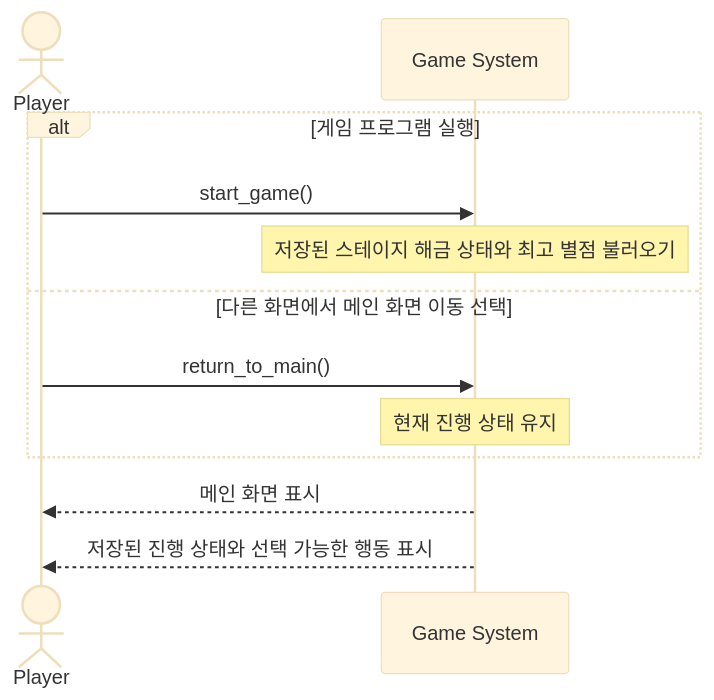
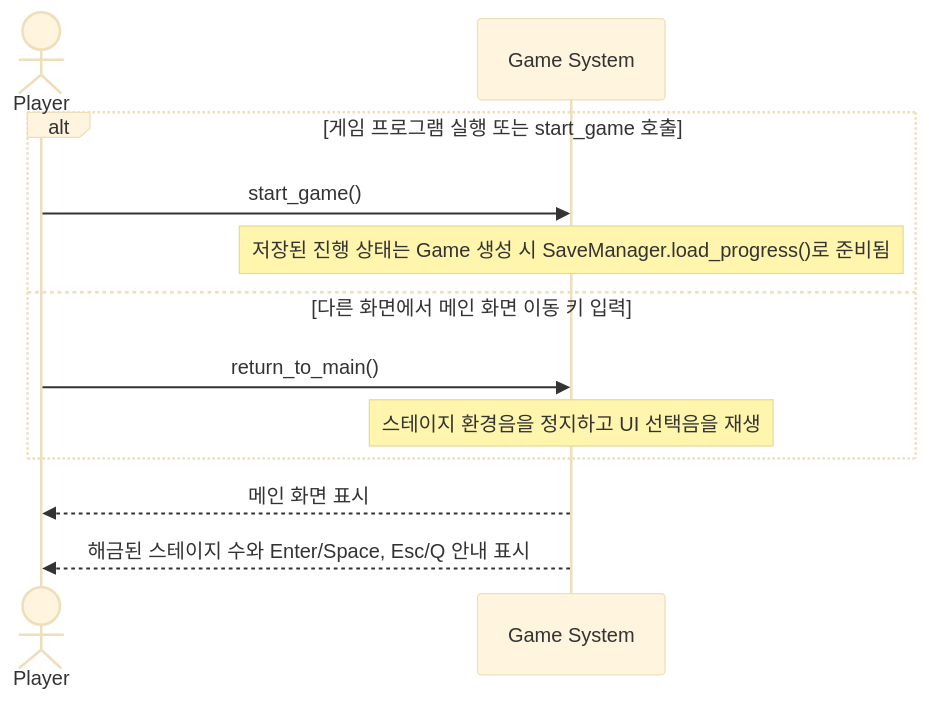
One commit to wisewo/kongoose changed the first of 7 diagrams in doc/04_system_sequence_diagrams.md. Above: the diagram before and after it, drawn with Mermaid (base theme). The commit also changed other lines of this file and 33 other files, not shown here.

````diff
--- a/doc/04_system_sequence_diagrams.md
+++ b/doc/04_system_sequence_diagrams.md
@@ -28,16 +29,16 @@
 ```mermaid
 sequenceDiagram
     actor Player
     participant System as Game System
 
-    alt 게임 프로그램 실행
+    alt 게임 프로그램 실행 또는 start_game 호출
         Player->>System: start_game()
-        Note over System: 저장된 스테이지 해금 상태와 최고 별점 불러오기
-    else 다른 화면에서 메인 화면 이동 선택
+        Note over System: 저장된 진행 상태는 Game 생성 시 SaveManager.load_progress()로 준비됨
+    else 다른 화면에서 메인 화면 이동 키 입력
         Player->>System: return_to_main()
-        Note over System: 현재 진행 상태 유지
+        Note over System: 스테이지 환경음을 정지하고 UI 선택음을 재생
     end
 
     System-->>Player: 메인 화면 표시
-    System-->>Player: 저장된 진행 상태와 선택 가능한 행동 표시
+    System-->>Player: 해금된 스테이지 수와 Enter/Space, Esc/Q 안내 표시
 ```
````
